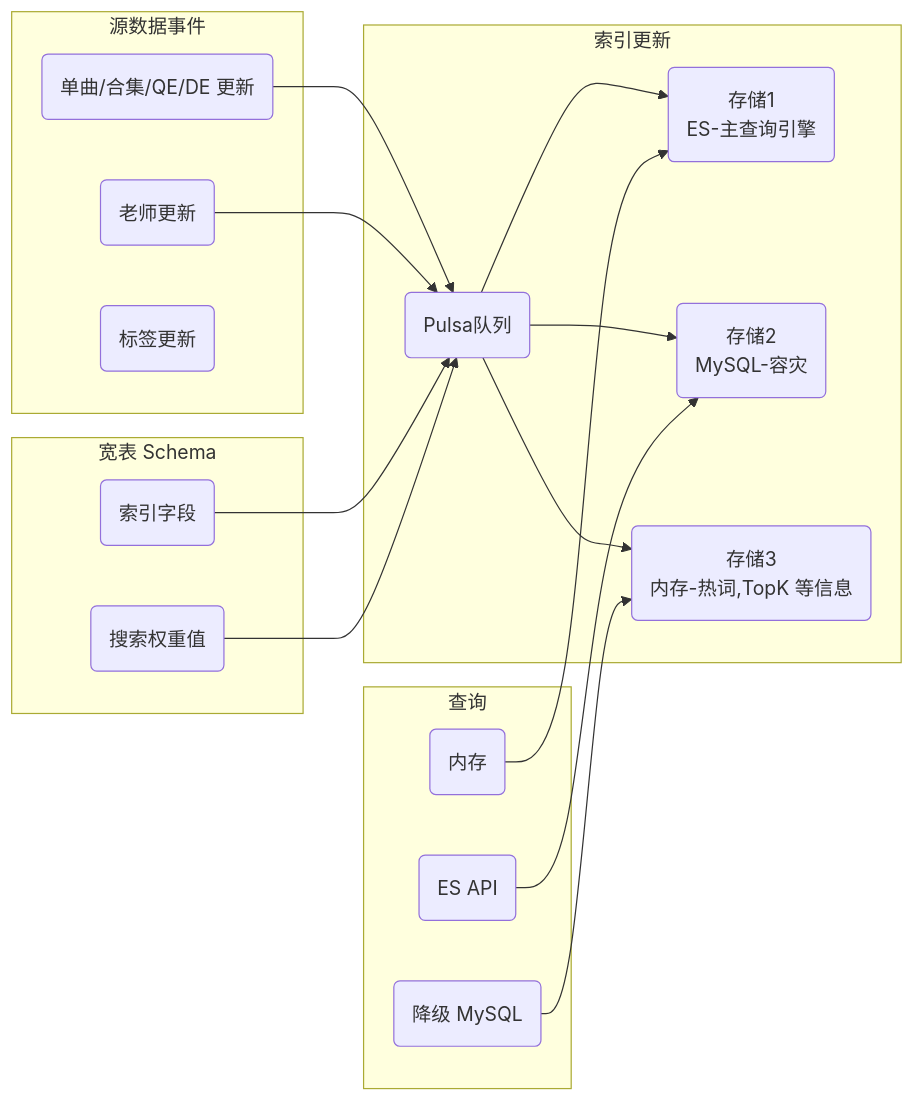
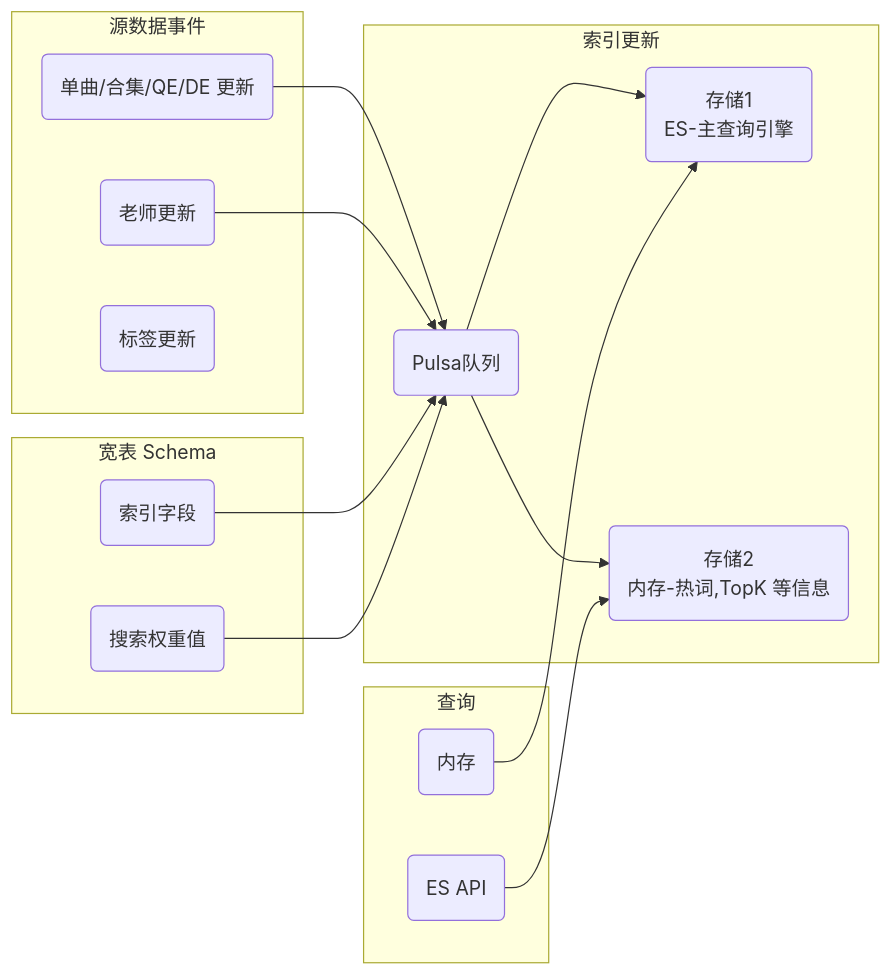
One commit to dengqinghua/dengqinghua.github.io changed the second of 4 diagrams in _posts/2021-09-01-all-for-search.md. Above: the diagram before and after it, drawn with Mermaid. The commit also changed other lines of this file and 2 other files, not shown here.

```diff
--- a/_posts/2021-09-01-all-for-search.md
+++ b/_posts/2021-09-01-all-for-search.md
@@ -125,28 +120,25 @@
 <div class="mermaid" markdown="0">
 graph LR
     subgraph 查询
       cache(内存);
       es(ES API);
-      MySQL(降级 MySQL);
     end
     subgraph 索引更新
       EventHandler(Pulsa队列);
       storage1(存储1 <br > ES-主查询引擎);
-      storage2(存储2 <br > MySQL-容灾);
-      storage3(存储3 <br > 内存-热词,TopK 等信息);
+      storage2(存储2 <br > 内存-热词,TopK 等信息);
     end
     subgraph 源数据事件
       event1(单曲/合集/QE/DE 更新);
       event2(老师更新);
       event3(标签更新);
     end
     subgraph 宽表 Schema
       field(索引字段);
       weight(搜索权重值);
     end
 
-    event1 & event2 & field & weight-->EventHandler-->storage1 & storage2 & storage3;
+    event1 & event2 & field & weight-->EventHandler-->storage1 & storage2;
     cache-->storage1;
     es-->storage2;
-    MySQL-->storage3;
 </div>
```
